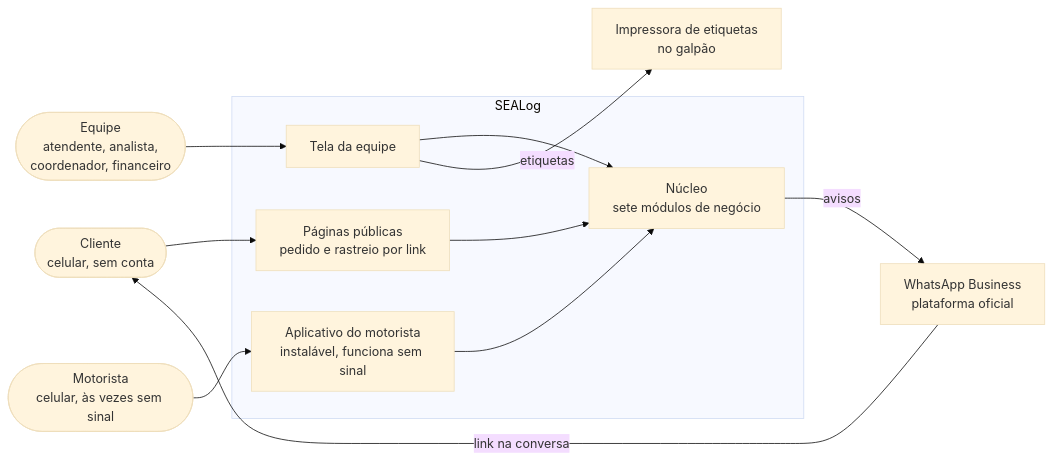
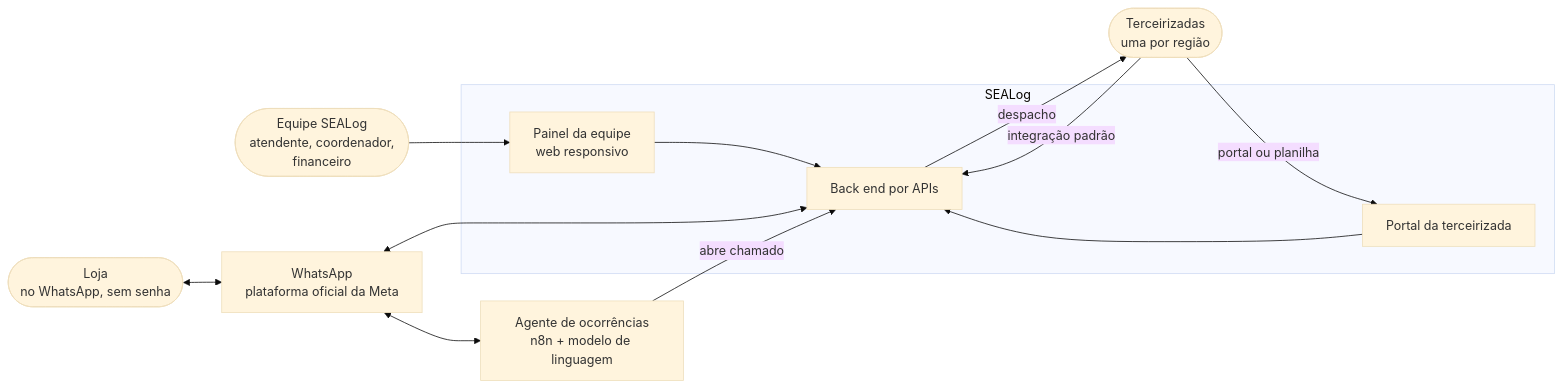
One commit to dudarmouras/seal-requisitos changed the first of 5 diagrams in docs/00-visao-geral/arquitetura.md. Above: the diagram before and after it, drawn with Mermaid (base theme). The commit also changed other lines of this file and 12 other files, not shown here.

````diff
--- a/docs/00-visao-geral/arquitetura.md
+++ b/docs/00-visao-geral/arquitetura.md
@@ -22,26 +24,24 @@
 ```mermaid
 flowchart LR
-  Cliente(["Cliente<br/>celular, sem conta"])
-  Equipe(["Equipe<br/>atendente, analista,<br/>coordenador, financeiro"])
-  Motorista(["Motorista<br/>celular, às vezes sem sinal"])
+  Loja(["Loja<br/>no WhatsApp, sem senha"])
+  Equipe(["Equipe SEALog<br/>atendente, coordenador,<br/>financeiro"])
+  Terc(["Terceirizadas<br/>uma por região"])
+
+  Meta["WhatsApp<br/>plataforma oficial da Meta"]
+  Agente["Agente de ocorrências<br/>n8n + modelo de linguagem"]
 
   subgraph SEALog["SEALog"]
-    Publico["Páginas públicas<br/>pedido e rastreio por link"]
-    Web["Tela da equipe"]
-    App["Aplicativo do motorista<br/>instalável, funciona sem sinal"]
-    Nucleo["Núcleo<br/>sete módulos de negócio"]
+    Painel["Painel da equipe<br/>web responsivo"]
+    Portal["Portal da terceirizada"]
+    API["Back end por APIs"]
   end
 
-  WhatsApp["WhatsApp Business<br/>plataforma oficial"]
-  Impressora["Impressora de etiquetas<br/>no galpão"]
-
-  Cliente --> Publico
-  Equipe --> Web
-  Motorista --> App
-  Publico --> Nucleo
-  Web --> Nucleo
-  App --> Nucleo
-  Nucleo -- avisos --> WhatsApp
-  WhatsApp -- link na conversa --> Cliente
-  Web -- etiquetas --> Impressora
+  Loja <--> Meta
+  Meta <--> API
+  Meta <--> Agente
+  Agente -- abre chamado --> API
+  Equipe --> Painel --> API
+  Terc -- integração padrão --> API
+  Terc -- portal ou planilha --> Portal --> API
+  API -- despacho --> Terc
 ```
````
